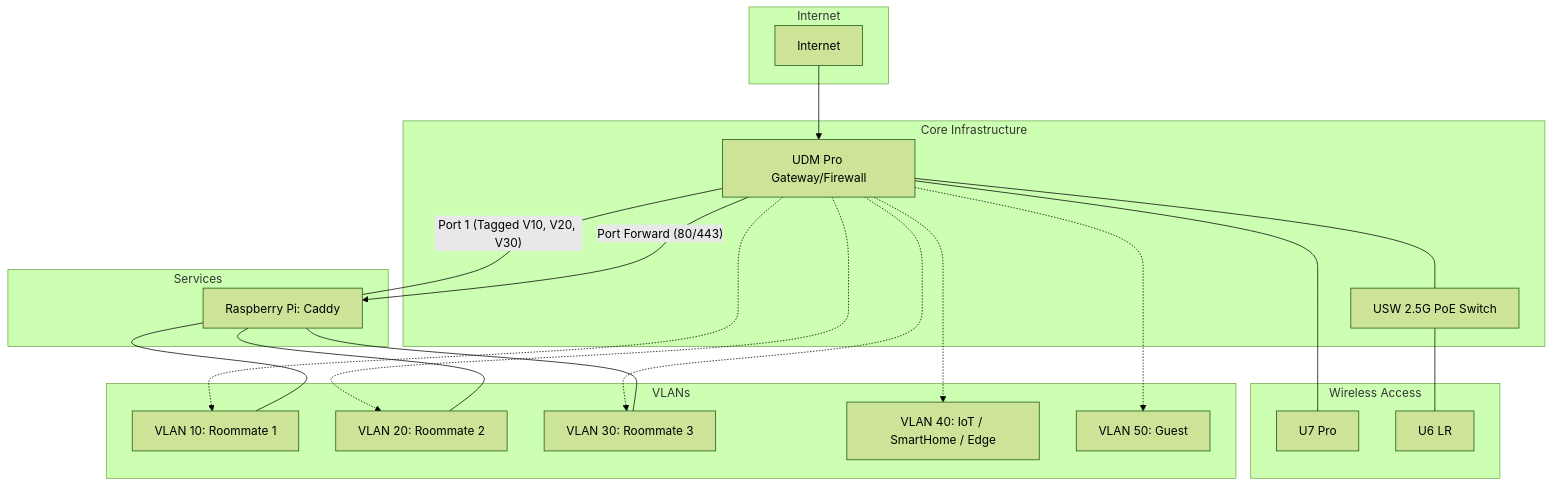
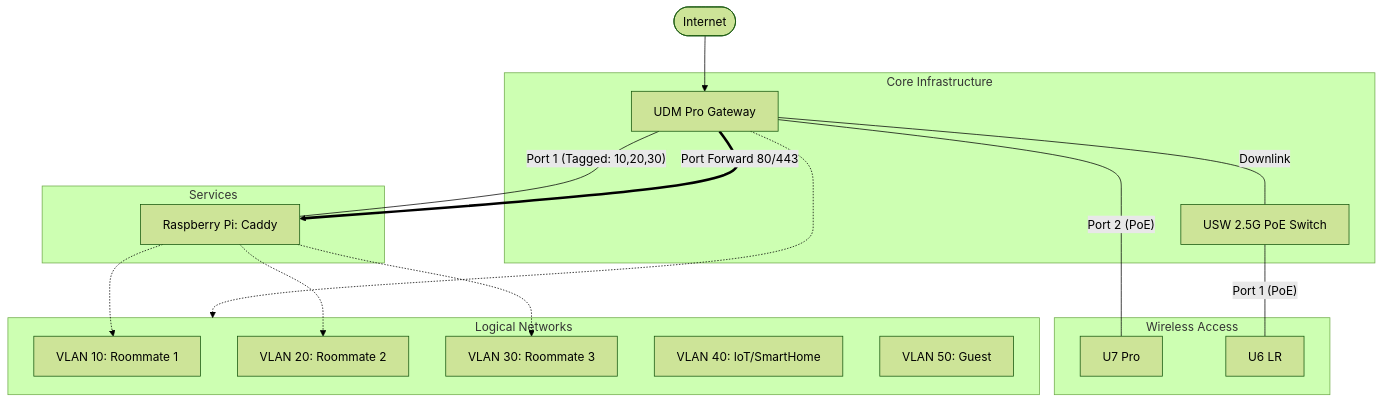
The diagram in README.md (cthul00/homelab-net), drawn with Mermaid (forest theme) before and after one commit. The commit also changed other lines of this file, not shown here.

Commit message:
docs: refine network diagram and add hardware mapping table

````diff
--- a/README.md
+++ b/README.md
@@ -6,48 +6,46 @@
 ```mermaid
 graph TD
-    subgraph Internet
-        WAN[Internet]
-    end
+    %% Internet Connection
+    WAN([Internet]) --> UDM
 
-    subgraph "Core Infrastructure"
-        UDM[UDM Pro Gateway/Firewall]
+    subgraph Core ["Core Infrastructure"]
+        UDM[UDM Pro Gateway]
         USW[USW 2.5G PoE Switch]
     end
 
-    subgraph "Wireless Access"
+    %% Physical Connections from UDM
+    UDM -- "Port 1 (Tagged: 10,20,30)" --- Caddy
+    UDM -- "Port 2 (PoE)" --- U7
+    UDM -- "Downlink" --- USW
+
+    subgraph Services ["Services"]
+        Caddy[Raspberry Pi: Caddy]
+    end
+
+    subgraph Wireless ["Wireless Access"]
         U7[U7 Pro]
         U6[U6 LR]
     end
 
-    WAN --> UDM
-    UDM -- "Port 1 (Tagged V10, V20, V30)" --- Caddy
-    UDM --- USW
-    UDM --- U7
-    USW --- U6
+    %% Connection from Switch
+    USW -- "Port 1 (PoE)" --- U6
 
-    subgraph VLANs
+    subgraph VLANs ["Logical Networks"]
         V10[VLAN 10: Roommate 1]
         V20[VLAN 20: Roommate 2]
         V30[VLAN 30: Roommate 3]
-        V40[VLAN 40: IoT / SmartHome / Edge]
+        V40[VLAN 40: IoT/SmartHome]
         V50[VLAN 50: Guest]
     end
 
-    UDM -.-> V10
-    UDM -.-> V20
-    UDM -.-> V30
-    UDM -.-> V40
-    UDM -.-> V50
+    %% Logical Routing flow
+    UDM -.-> VLANs
+    
+    %% Caddy's logical access
+    Caddy -.-> V10
+    Caddy -.-> V20
+    Caddy -.-> V30
 
-    subgraph Services
-        Caddy[Raspberry Pi: Caddy]
-    end
-
-    %% Caddy connections to roommates VLANs
-    Caddy --- V10
-    Caddy --- V20
-    Caddy --- V30
-
-    %% Port Forwarding Rule
-    UDM -- "Port Forward (80/443)" --> Caddy
+    %% Traffic Rules
+    UDM == "Port Forward 80/443" ==> Caddy
 ```
````
